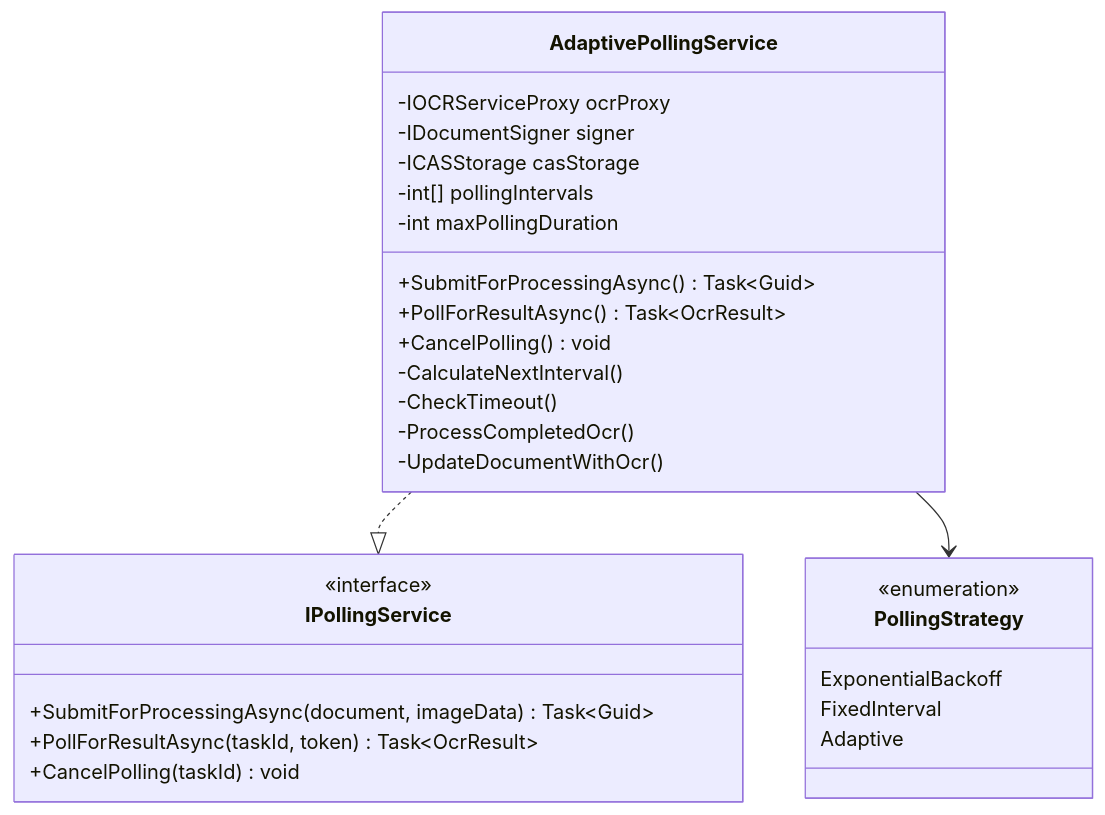
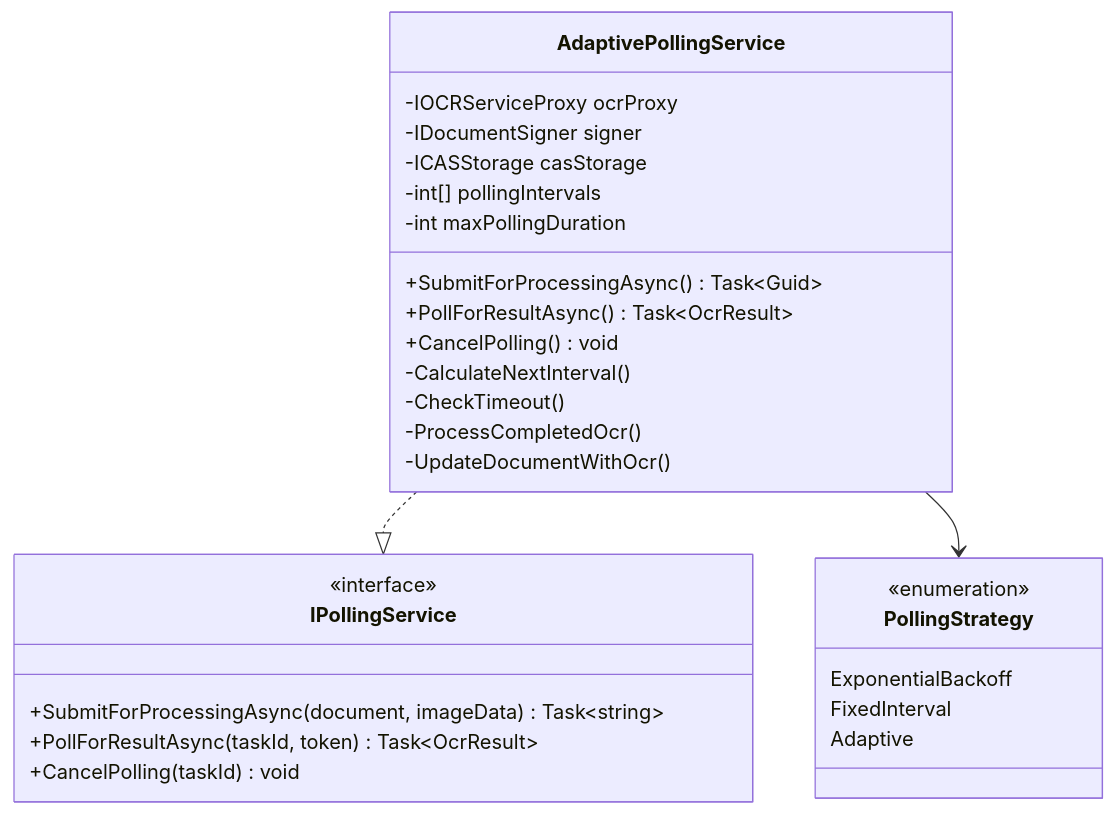
Before and after one commit to o2alexanderfedin/Nolock.social.frontends: diagram 11 of 52 in docs/architecture/features/document-scanner/ocr-scanner-architecture.md, drawn with Mermaid. The commit also changed other lines of this file and 11 other files, not shown here.

First line of the commit message:
docs: refactor OCR architecture and add SCRUM epics

````diff
--- a/docs/architecture/features/document-scanner/ocr-scanner-architecture.md
+++ b/docs/architecture/features/document-scanner/ocr-scanner-architecture.md
@@ -542,34 +542,34 @@
 ```mermaid
 classDiagram
     class IPollingService {
         <<interface>>
-        +SubmitForProcessingAsync(document, imageData) Task~Guid~
+        +SubmitForProcessingAsync(document, imageData) Task~string~
         +PollForResultAsync(taskId, token) Task~OcrResult~
         +CancelPolling(taskId) void
     }
     
     class AdaptivePollingService {
         -IOCRServiceProxy ocrProxy
         -IDocumentSigner signer
         -ICASStorage casStorage
         -int[] pollingIntervals
         -int maxPollingDuration
         +SubmitForProcessingAsync() Task~Guid~
         +PollForResultAsync() Task~OcrResult~
         +CancelPolling() void
         -CalculateNextInterval()
         -CheckTimeout()
         -ProcessCompletedOcr()
         -UpdateDocumentWithOcr()
     }
     
     class PollingStrategy {
         <<enumeration>>
         ExponentialBackoff
         FixedInterval
         Adaptive
     }
     
     AdaptivePollingService ..|> IPollingService
     AdaptivePollingService --> PollingStrategy
 ```
````
